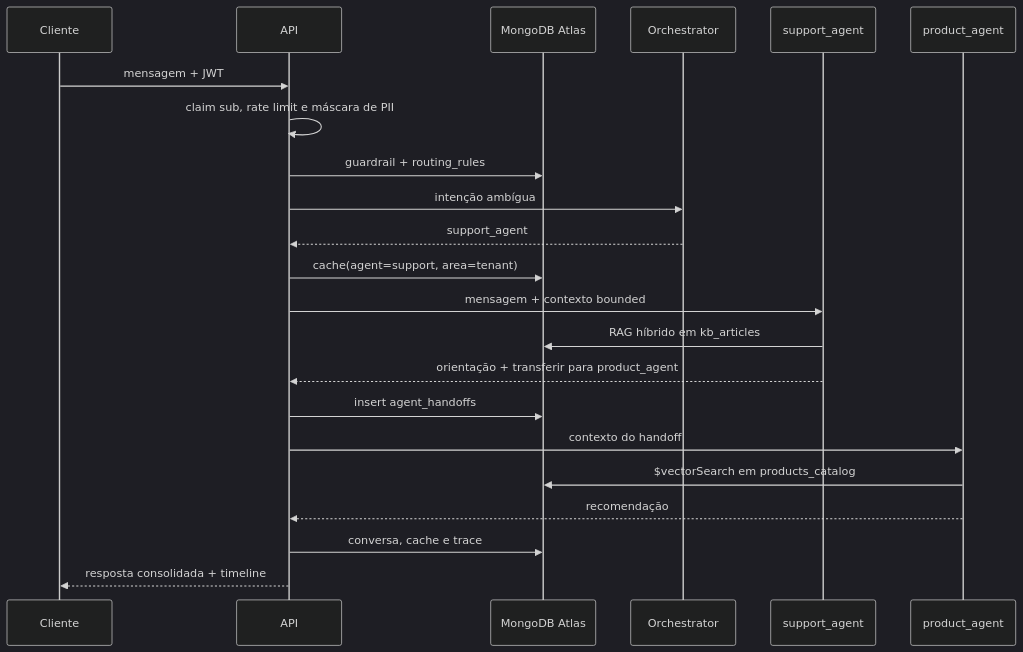
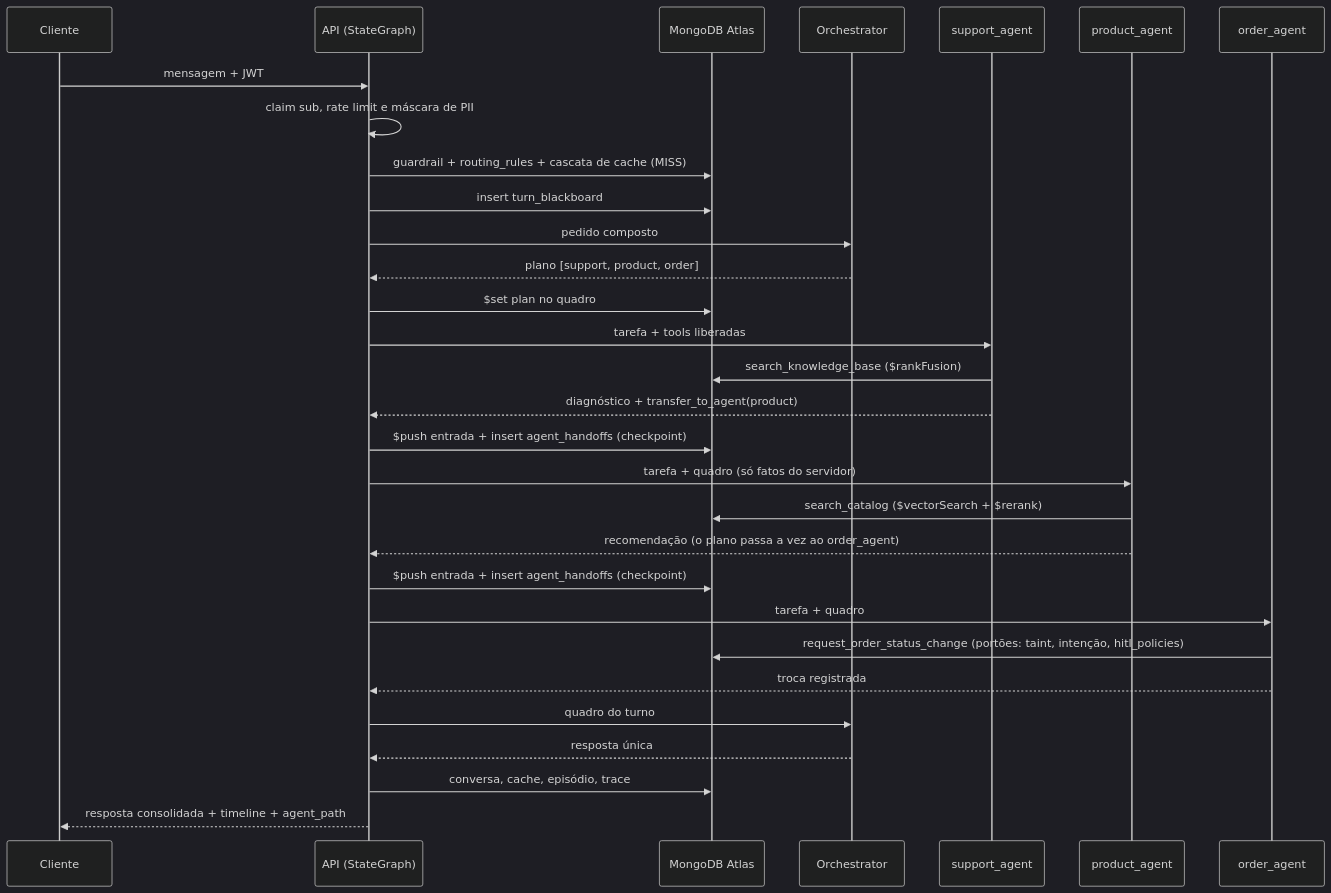
Before and after one commit to adrianofratelli-glitch/atlas-multi-agent-coordination: the second of 2 diagrams in docs/architecture.md, drawn with Mermaid (dark theme). The commit also changed other lines of this file and 22 other files, not shown here.

````diff
--- a/docs/architecture.md
+++ b/docs/architecture.md
@@ -29,25 +33,33 @@
 ```mermaid
 sequenceDiagram
     participant C as Cliente
-    participant A as API
+    participant A as API (StateGraph)
     participant M as MongoDB Atlas
     participant O as Orchestrator
     participant S as support_agent
     participant P as product_agent
+    participant D as order_agent
 
     C->>A: mensagem + JWT
     A->>A: claim sub, rate limit e máscara de PII
-    A->>M: guardrail + routing_rules
-    A->>O: intenção ambígua
-    O-->>A: support_agent
-    A->>M: cache(agent=support, area=tenant)
-    A->>S: mensagem + contexto bounded
-    S->>M: RAG híbrido em kb_articles
-    S-->>A: orientação + transferir para product_agent
-    A->>M: insert agent_handoffs
-    A->>P: contexto do handoff
-    P->>M: $vectorSearch em products_catalog
-    P-->>A: recomendação
-    A->>M: conversa, cache e trace
-    A-->>C: resposta consolidada + timeline
+    A->>M: guardrail + routing_rules + cascata de cache (MISS)
+    A->>M: insert turn_blackboard
+    A->>O: pedido composto
+    O-->>A: plano [support, product, order]
+    A->>M: $set plan no quadro
+    A->>S: tarefa + tools liberadas
+    S->>M: search_knowledge_base ($rankFusion)
+    S-->>A: diagnóstico + transfer_to_agent(product)
+    A->>M: $push entrada + insert agent_handoffs (checkpoint)
+    A->>P: tarefa + quadro (só fatos do servidor)
+    P->>M: search_catalog ($vectorSearch + $rerank)
+    P-->>A: recomendação (o plano passa a vez ao order_agent)
+    A->>M: $push entrada + insert agent_handoffs (checkpoint)
+    A->>D: tarefa + quadro
+    D->>M: request_order_status_change (portões: taint, intenção, hitl_policies)
+    D-->>A: troca registrada
+    A->>O: quadro do turno
+    O-->>A: resposta única
+    A->>M: conversa, cache, episódio, trace
+    A-->>C: resposta consolidada + timeline + agent_path
 ```
````
